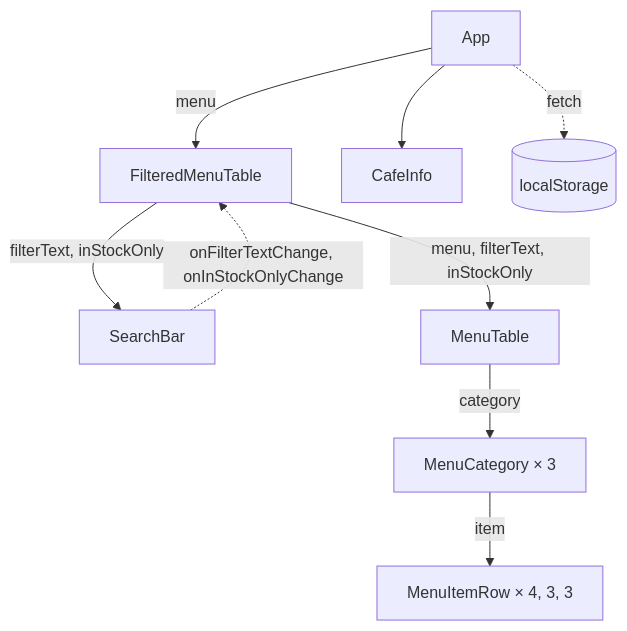
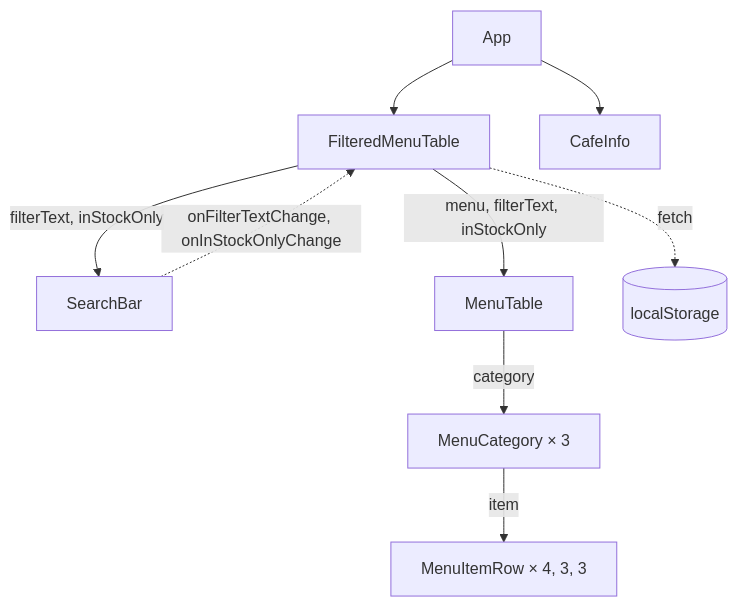
One commit to bohdanlutsiuk/react-labs changed the diagram in lab-4/README.md. Above: the diagram before and after it, drawn with Mermaid.

Commit message:
docs: update data flow diagram

````diff
--- a/lab-4/README.md
+++ b/lab-4/README.md
@@ -31,11 +31,11 @@
 ```mermaid
 flowchart TD
-  App --> |menu| FilteredMenuTable
+  App --> FilteredMenuTable
+  App --> CafeInfo
   FilteredMenuTable --> |"filterText, inStockOnly"| SearchBar
   FilteredMenuTable --> |"menu, filterText, inStockOnly"| MenuTable
-  App --> CafeInfo
+  FilteredMenuTable -.-> |fetch| Server[("localStorage")]
   SearchBar -.-> |"onFilterTextChange, onInStockOnlyChange"| FilteredMenuTable
-  App -.-> |fetch| Server[("localStorage")]
   MenuTable --> |category| MenuCategory["MenuCategory × 3"]
   MenuCategory --> |item| MenuItemRow["MenuItemRow × 4, 3, 3"]
 ```
````
